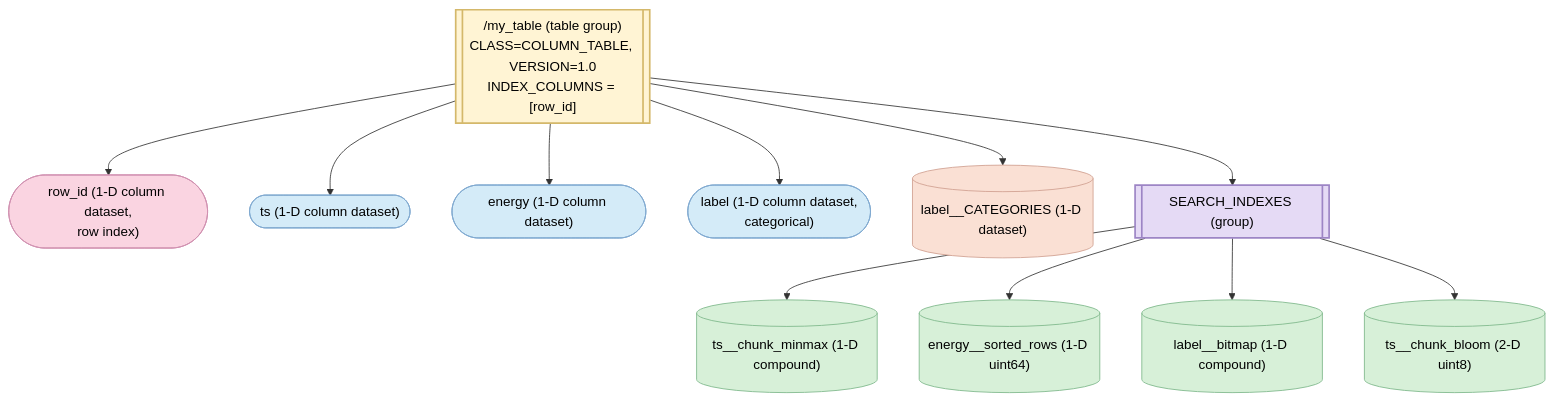
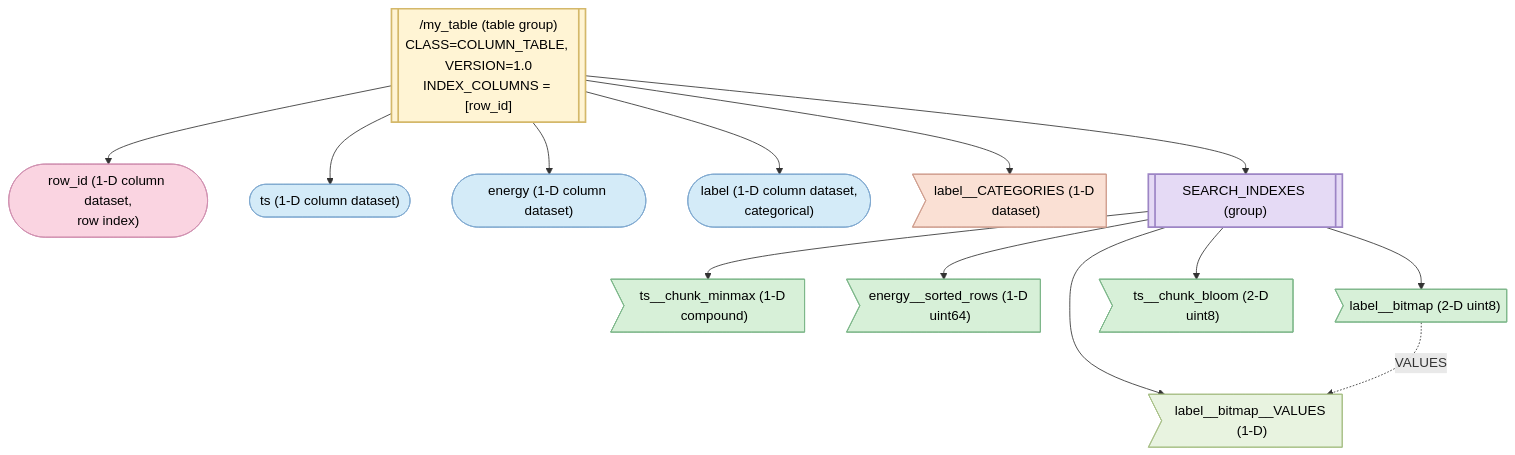
One commit to HDFAlliance/heps changed the second of 8 diagrams in HEP001/index.md. Above: the diagram before and after it, drawn with Mermaid. The commit also changed other lines of this file, not shown here.

Commit message:
Switch dataset shape to asymmetric

````diff
--- a/HEP001/index.md
+++ b/HEP001/index.md
@@ -250,28 +250,32 @@
 ```{mermaid}
 graph TD
   TG[["/my_table (table group)<br/>CLASS=COLUMN_TABLE, VERSION=1.0<br/>INDEX_COLUMNS = [row_id]"]]
   TG --> c0(["row_id (1-D column dataset,<br/>row index)"])
   TG --> c1(["ts (1-D column dataset)"])
   TG --> c2(["energy (1-D column dataset)"])
   TG --> c3(["label (1-D column dataset,<br/>categorical)"])
-  TG --> c4[("label__CATEGORIES (1-D dataset)")]
+  TG --> c4>"label__CATEGORIES (1-D dataset)"]
   TG --> SI[["SEARCH_INDEXES (group)"]]
-  SI --> mm[("ts__chunk_minmax (1-D compound)")]
-  SI --> sr[("energy__sorted_rows (1-D uint64)")]
-  SI --> bm[("label__bitmap (1-D compound)")]
-  SI --> bf[("ts__chunk_bloom (2-D uint8)")]
+  SI --> mm>"ts__chunk_minmax (1-D compound)"]
+  SI --> sr>"energy__sorted_rows (1-D uint64)"]
+  SI --> bm>"label__bitmap (2-D uint8)"]
+  SI --> bv>"label__bitmap__VALUES (1-D)"]
+  SI --> bf>"ts__chunk_bloom (2-D uint8)"]
+  bm -.->|"VALUES"| bv
 
   classDef tableGroup fill:#FFF4D4,stroke:#D4B86A,stroke-width:2px,color:#000
   classDef siGroup    fill:#E5DAF5,stroke:#9D85C5,stroke-width:2px,color:#000
   classDef dataCol    fill:#D4EBF8,stroke:#7FA9D0,stroke-width:1px,color:#000
   classDef indexCol   fill:#FAD4E1,stroke:#D08FB0,stroke-width:1px,color:#000
   classDef catData    fill:#FAE0D4,stroke:#D09F90,stroke-width:1px,color:#000
   classDef siData     fill:#D7F0D8,stroke:#7CB78A,stroke-width:1px,color:#000
+  classDef siValues   fill:#E8F3E0,stroke:#A8C088,stroke-width:1px,color:#000
 
   class TG tableGroup
   class SI siGroup
   class c0 indexCol
   class c1,c2,c3 dataCol
   class c4 catData
   class mm,sr,bm,bf siData
+  class bv siValues
 ```
````
